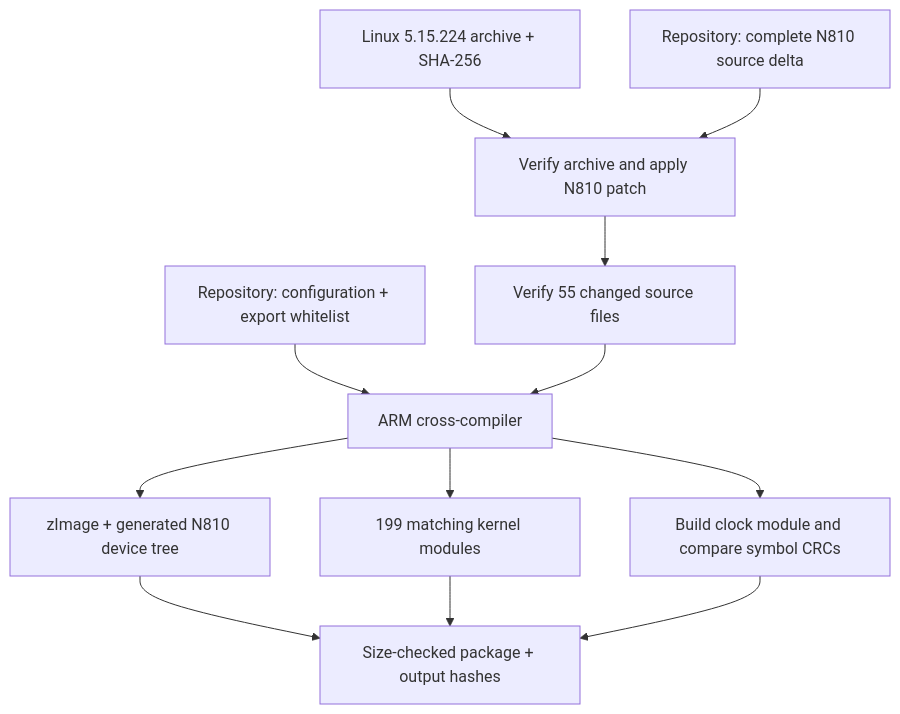
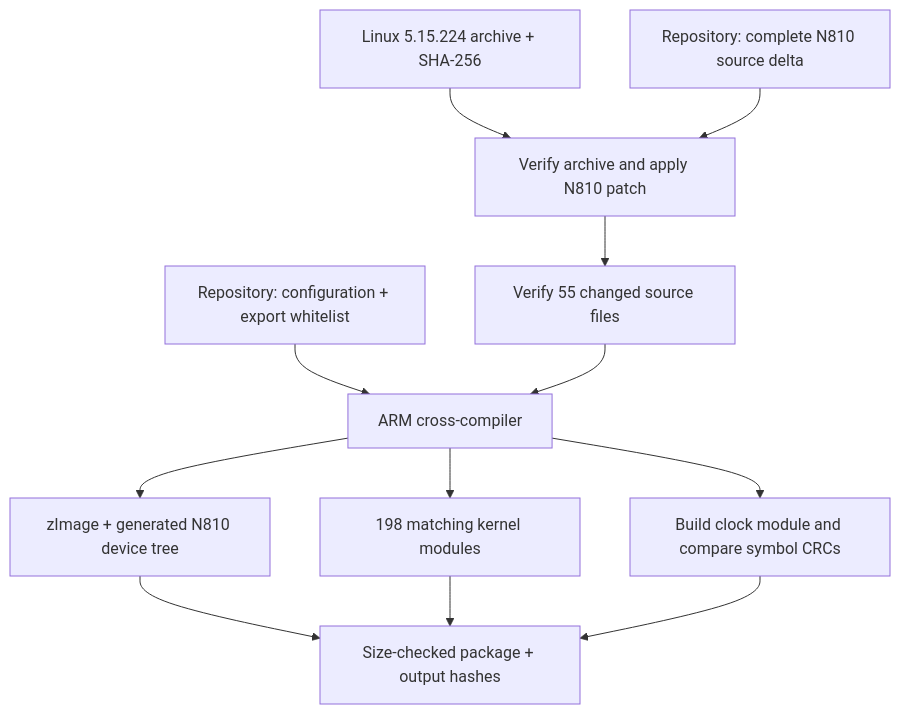
The diagram in docs/how-to/build-kernel.md (gordol/n810-revival), drawn with Mermaid before and after one commit. The commit also changed other lines of this file and 40 other files, not shown here.

````diff
--- a/docs/how-to/build-kernel.md
+++ b/docs/how-to/build-kernel.md
@@ -7,14 +7,14 @@
 ```mermaid
 flowchart TB
     upstream["Linux 5.15.224 archive + SHA-256"] --> verify["Verify archive and apply N810 patch"]
     patch["Repository: complete N810 source delta"] --> verify
     verify --> source["Verify 55 changed source files"]
     config["Repository: configuration + export whitelist"] --> compile["ARM cross-compiler"]
     source --> compile
     compile --> image["zImage + generated N810 device tree"]
-    compile --> modules["199 matching kernel modules"]
+    compile --> modules["198 matching kernel modules"]
     compile --> trial["Build clock module and compare symbol CRCs"]
     image --> package["Size-checked package + output hashes"]
     modules --> package
     trial --> package
 ```
````
